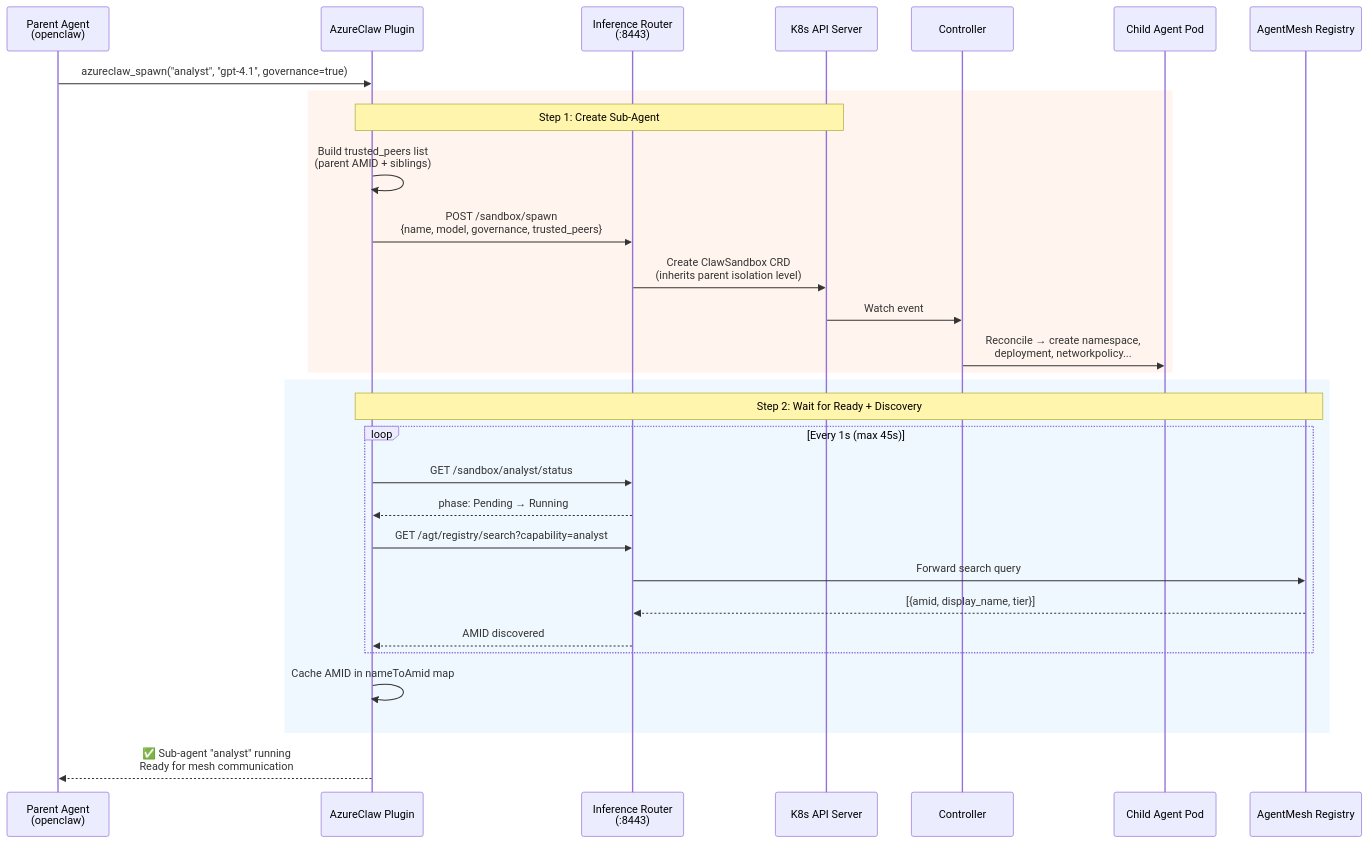
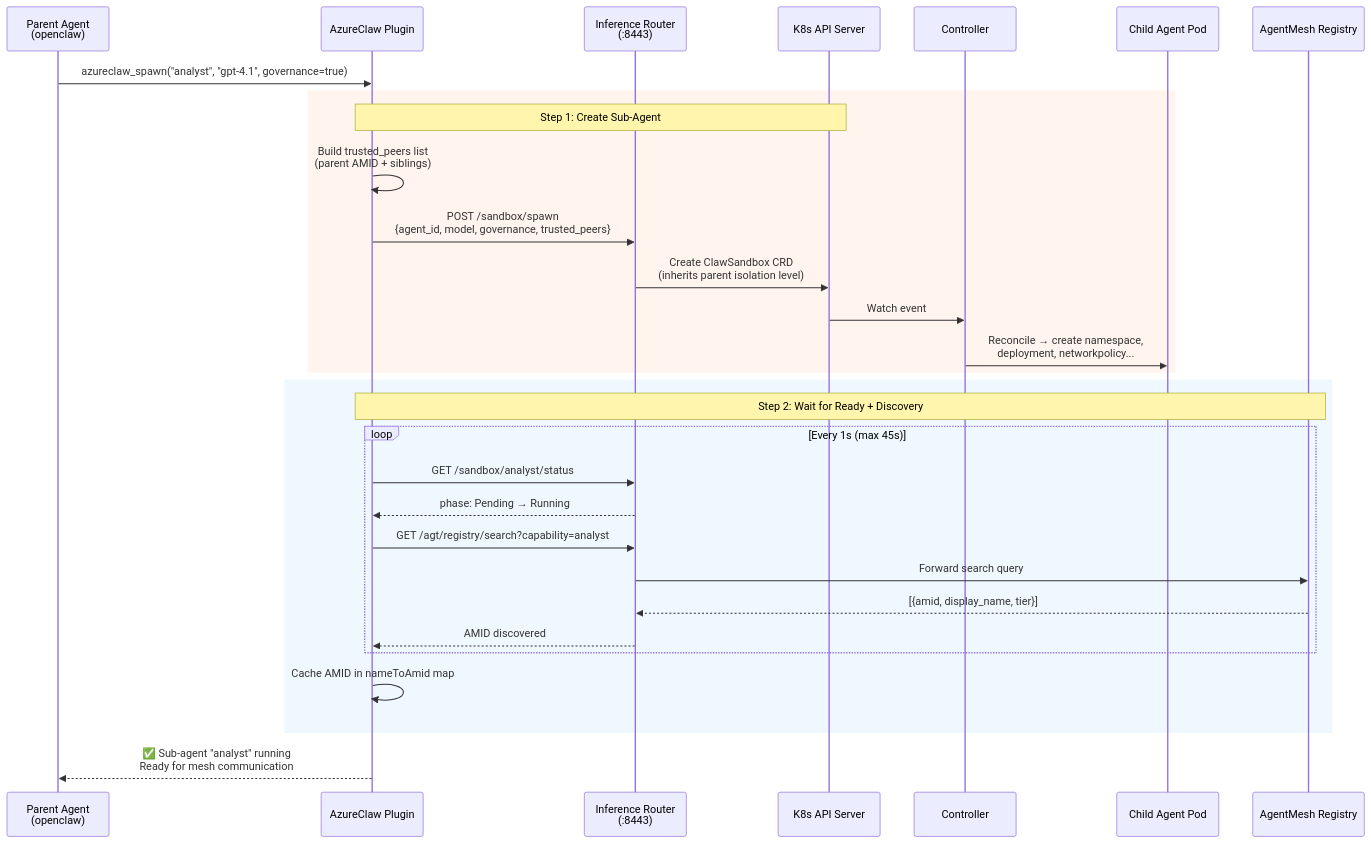
The fifth of 25 diagrams in docs/architecture-diagrams.md (Azure/kars), drawn with Mermaid before and after one commit. The commit also changed 6 other files, not shown here.

````diff
--- a/docs/architecture-diagrams.md
+++ b/docs/architecture-diagrams.md
@@ -186,36 +186,36 @@
 ```mermaid
 sequenceDiagram
     participant Parent as Parent Agent<br/>(openclaw)
     participant Plugin as AzureClaw Plugin
     participant Router as Inference Router<br/>(:8443)
     participant K8s as K8s API Server
     participant Ctrl as Controller
     participant Child as Child Agent Pod
     participant Registry as AgentMesh Registry
 
     Parent->>Plugin: azureclaw_spawn("analyst", "gpt-4.1", governance=true)
 
     rect rgb(255, 245, 238)
         Note over Plugin,K8s: Step 1: Create Sub-Agent
         Plugin->>Plugin: Build trusted_peers list<br/>(parent AMID + siblings)
-        Plugin->>Router: POST /sandbox/spawn<br/>{name, model, governance, trusted_peers}
+        Plugin->>Router: POST /sandbox/spawn<br/>{agent_id, model, governance, trusted_peers}
         Router->>K8s: Create ClawSandbox CRD<br/>(inherits parent isolation level)
         K8s->>Ctrl: Watch event
         Ctrl->>Child: Reconcile → create namespace,<br/>deployment, networkpolicy...
     end
 
     rect rgb(240, 248, 255)
         Note over Plugin,Registry: Step 2: Wait for Ready + Discovery
         loop Every 1s (max 45s)
             Plugin->>Router: GET /sandbox/analyst/status
             Router-->>Plugin: phase: Pending → Running
             Plugin->>Router: GET /agt/registry/search?capability=analyst
             Router->>Registry: Forward search query
             Registry-->>Router: [{amid, display_name, tier}]
             Router-->>Plugin: AMID discovered
         end
         Plugin->>Plugin: Cache AMID in nameToAmid map
     end
 
     Plugin-->>Parent: ✅ Sub-agent "analyst" running<br/>Ready for mesh communication
 ```
````
